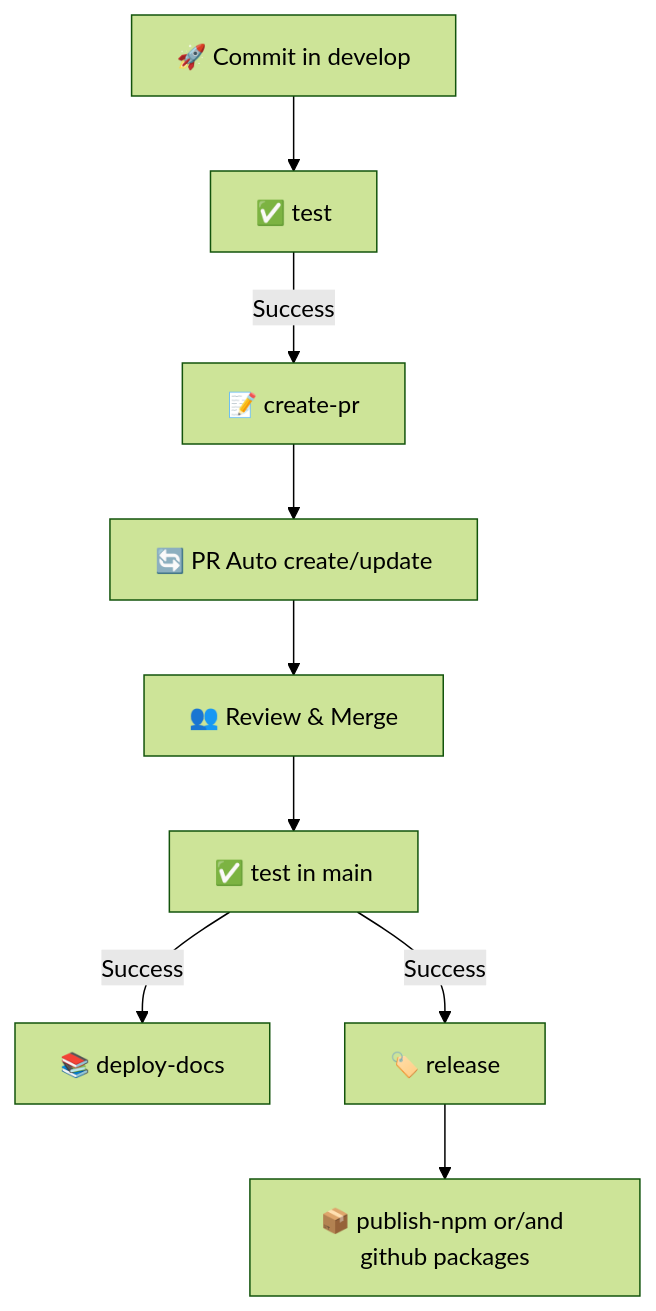
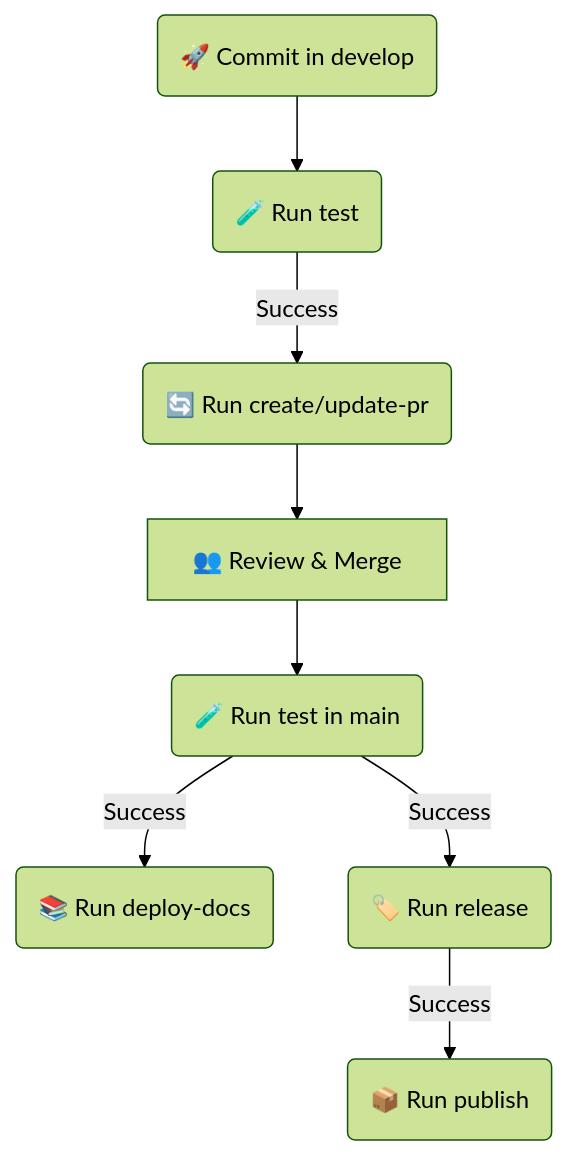
The diagram in README.md (heliomarpm/gh-test-automations), drawn with Mermaid (forest theme) before and after one commit. The commit also changed other lines of this file, not shown here.

Commit message:
doc: up readme

````diff
--- a/README.md
+++ b/README.md
@@ -5,12 +6,11 @@
 ```mermaid
 graph TD
-    A[🚀 Commit in develop] --> B[✅ test]
-    B -->|Success| C[📝 create-pr]
-    C --> D[🔄 PR Auto create/update]
-    D --> E[👥 Review & Merge]
-    E --> F[✅ test in main]
-    F -->|Success| G[📚 deploy-docs]
-    F -->|Success| H[🏷️ release]
-    H --> I[📦 publish-npm or/and github packages]
+    A(🚀 Commit in develop) --> B(🧪 Run test)
+    B --> |Success| C(🔄 Run create/update-pr)
+    C --> D[👥 Review & Merge]
+    D --> E(🧪 Run test in main)
+    E --> |Success| F(📚 Run deploy-docs)
+    E --> |Success| G(🏷️ Run release)
+    G --> |Success| H(📦 Run publish)
 
 ```
````
